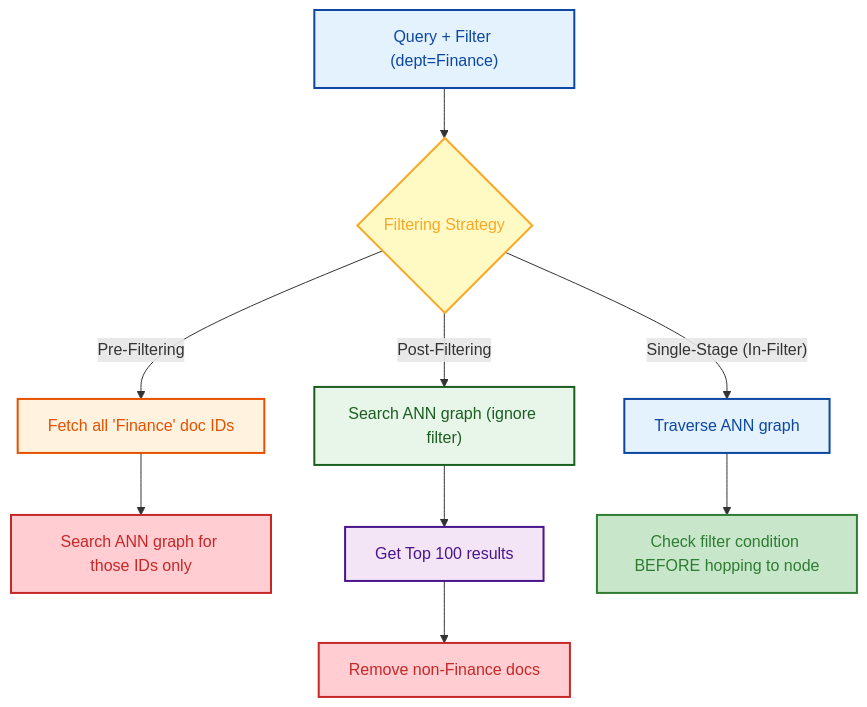
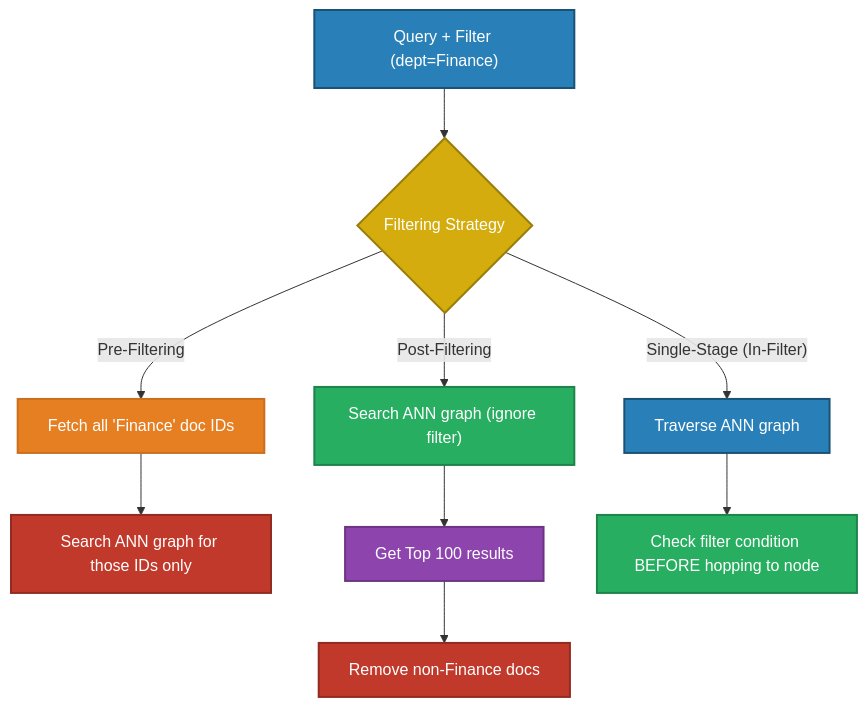
The fourth of 4 diagrams in docs/05-vector-databases/README.md (GyanendraChaubey/AI-Engineering-Notes), drawn with Mermaid before and after one commit. The commit also changed other lines of this file and 15 other files, not shown here.

Commit message:
style: replace all Mermaid diagram colors with saturated palette + white text for dark mode compatibility (321 changes across 16 files)

````diff
--- a/docs/05-vector-databases/README.md
+++ b/docs/05-vector-databases/README.md
@@ -227,22 +227,22 @@
 ```mermaid
 flowchart TD
     A["Query + Filter (dept=Finance)"] --> B{"Filtering Strategy"}
     B -->|"Pre-Filtering"| C["Fetch all 'Finance' doc IDs"]
     C --> D["Search ANN graph for those IDs only"]
     
     B -->|"Post-Filtering"| E["Search ANN graph (ignore filter)"]
     E --> F["Get Top 100 results"]
     F --> G["Remove non-Finance docs"]
     
     B -->|"Single-Stage (In-Filter)"| H["Traverse ANN graph"]
     H --> I["Check filter condition BEFORE hopping to node"]
-    style A fill:#e3f2fd,stroke:#0d47a1,stroke-width:2px,color:#0d47a1
-    style B fill:#fff9c4,stroke:#f9a825,stroke-width:2px,color:#f9a825
-    style C fill:#fff3e0,stroke:#e65100,stroke-width:2px,color:#e65100
-    style D fill:#ffcdd2,stroke:#c62828,stroke-width:2px,color:#c62828
-    style E fill:#e8f5e9,stroke:#1b5e20,stroke-width:2px,color:#1b5e20
-    style F fill:#f3e5f5,stroke:#4a148c,stroke-width:2px,color:#4a148c
-    style G fill:#ffcdd2,stroke:#c62828,stroke-width:2px,color:#c62828
-    style H fill:#e3f2fd,stroke:#0d47a1,stroke-width:2px,color:#0d47a1
-    style I fill:#c8e6c9,stroke:#2e7d32,stroke-width:2px,color:#2e7d32
+    style A fill:#2980B9,stroke:#1A5276,stroke-width:2px,color:#FFFFFF
+    style B fill:#D4AC0D,stroke:#9A7D0A,stroke-width:2px,color:#FFFFFF
+    style C fill:#E67E22,stroke:#CA6F1E,stroke-width:2px,color:#FFFFFF
+    style D fill:#C0392B,stroke:#922B21,stroke-width:2px,color:#FFFFFF
+    style E fill:#27AE60,stroke:#1E8449,stroke-width:2px,color:#FFFFFF
+    style F fill:#8E44AD,stroke:#6C3483,stroke-width:2px,color:#FFFFFF
+    style G fill:#C0392B,stroke:#922B21,stroke-width:2px,color:#FFFFFF
+    style H fill:#2980B9,stroke:#1A5276,stroke-width:2px,color:#FFFFFF
+    style I fill:#27AE60,stroke:#1E8449,stroke-width:2px,color:#FFFFFF
 ```
````
